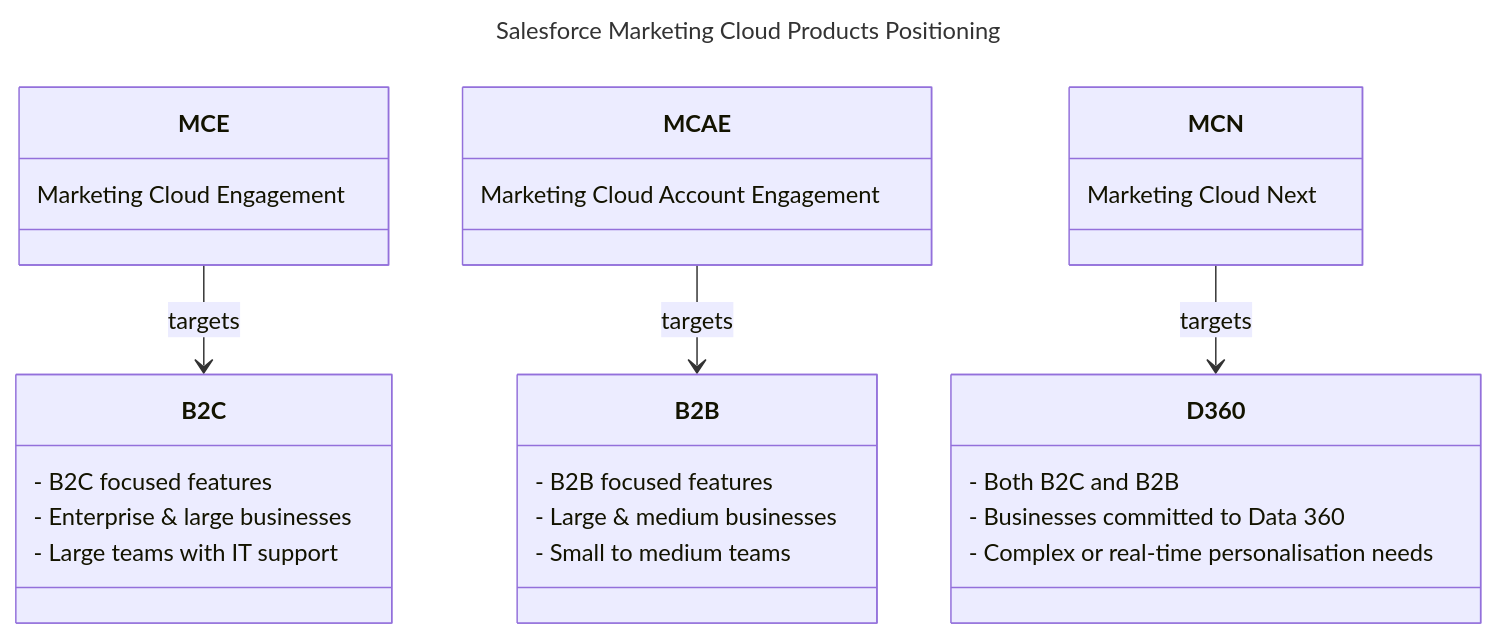
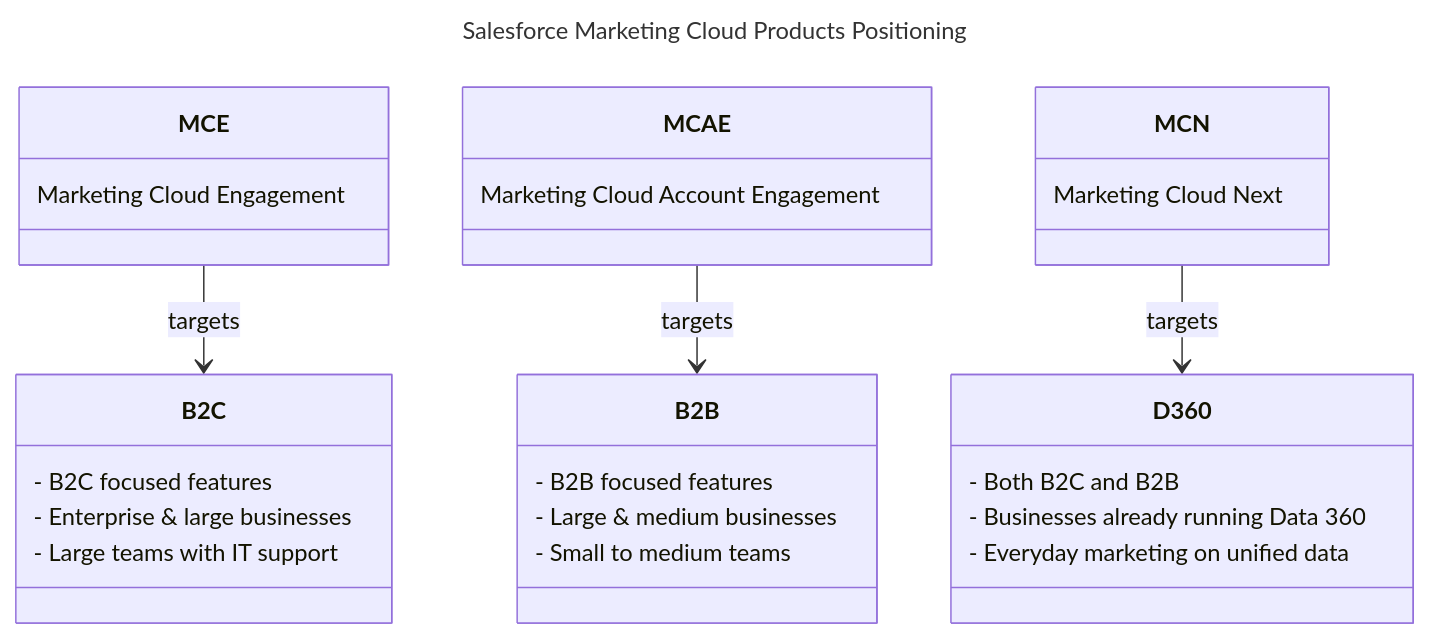
One commit to MateuszDabrowski/mateuszdabrowski.pl changed the diagram in sites/faq/salesforce/what-is-the-difference-between-sf-marketing-clouds.mdx. Above: the diagram before and after it, drawn with Mermaid. The commit also changed other lines of this file, not shown here.

Commit message:
SFMC Landscape FAQ: Marketing Cloud Next targets businesses already running Data 360 that need everyday marketing, not real-time. The FAQ now says why complex cases break (workspace sharing, one profile data graph, graph record caps) and why on-demand sends gain little from Data 360

````diff
--- a/sites/faq/salesforce/what-is-the-difference-between-sf-marketing-clouds.mdx
+++ b/sites/faq/salesforce/what-is-the-difference-between-sf-marketing-clouds.mdx
@@ -58,39 +58,39 @@
 ```mermaid
 ---
 title: Salesforce Marketing Cloud Products Positioning
 ---
 classDiagram
 
     %% Platform Classes
     class MCE {
       Marketing Cloud Engagement
     }
     class MCAE {
       Marketing Cloud Account Engagement
     }
     class MCN {
       Marketing Cloud Next
     }
 
     %% Target Audience Classes
     class B2C {
       - B2C focused features
       - Enterprise & large businesses
       - Large teams with IT support
     }
     class B2B {
       - B2B focused features
       - Large & medium businesses
       - Small to medium teams
     }
     class D360 {
       - Both B2C and B2B
-      - Businesses committed to Data 360
-      - Complex or real-time personalisation needs
+      - Businesses already running Data 360
+      - Everyday marketing on unified data
     }
 
     %% Define Relationships between Platforms and their Audiences
     MCE --> B2C : targets
     MCAE --> B2B : targets
     MCN --> D360 : targets
 ```
````
